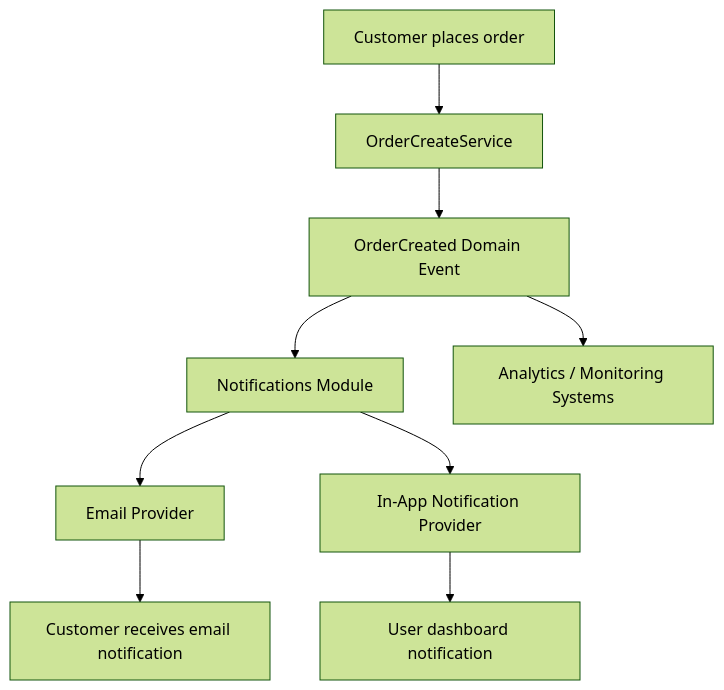
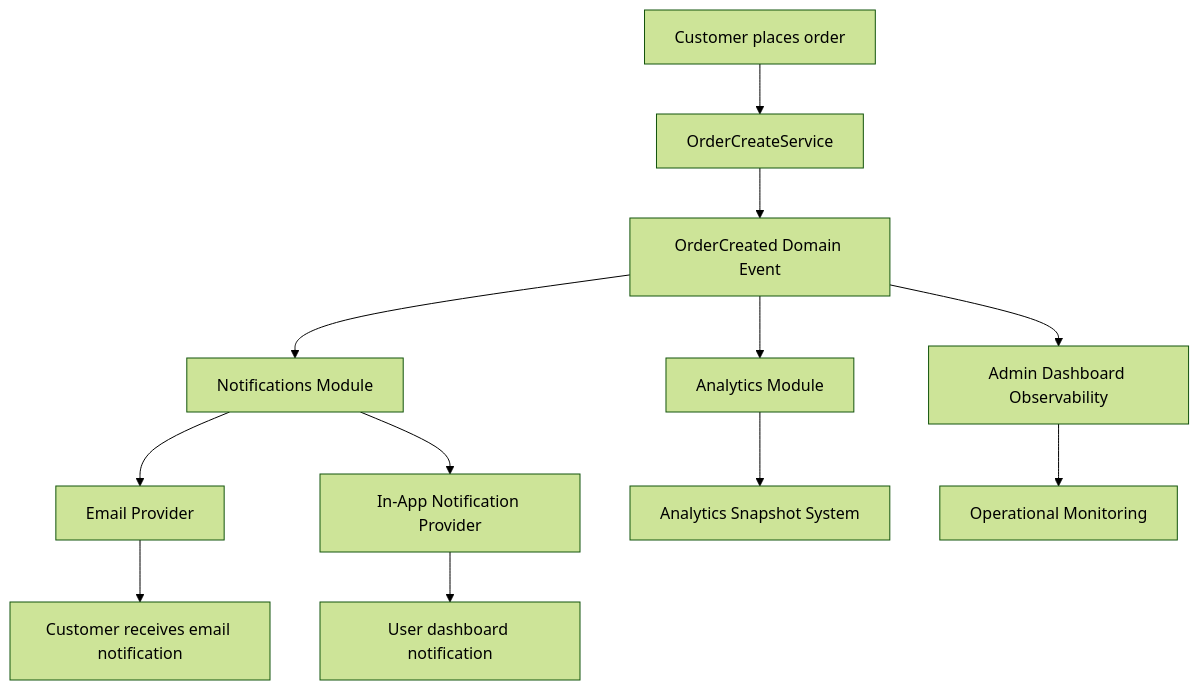
The first of 10 diagrams in README.md (RaphaelReggiani/ecommerce_hub), drawn with Mermaid (forest theme) before and after one commit. The commit also changed other lines of this file and 93 other files, not shown here.

````diff
--- a/README.md
+++ b/README.md
@@ -282,19 +305,23 @@
 ```mermaid
 flowchart TD
 
     UserAction[Customer places order]
 
     UserAction --> OrderService[OrderCreateService]
 
     OrderService --> OrderCreatedEvent[OrderCreated Domain Event]
 
     OrderCreatedEvent --> NotificationModule[Notifications Module]
 
     NotificationModule --> EmailProvider[Email Provider]
     NotificationModule --> InAppProvider[In-App Notification Provider]
 
     EmailProvider --> CustomerEmail[Customer receives email notification]
     InAppProvider --> UserDashboard[User dashboard notification]
 
-    OrderCreatedEvent --> Analytics[Analytics / Monitoring Systems]
+    OrderCreatedEvent --> AnalyticsModule[Analytics Module]
+    OrderCreatedEvent --> AdminDashboard[Admin Dashboard Observability]
+
+    AnalyticsModule --> SnapshotSystem[Analytics Snapshot System]
+    AdminDashboard --> OperationalMonitoring[Operational Monitoring]
 ```
````
